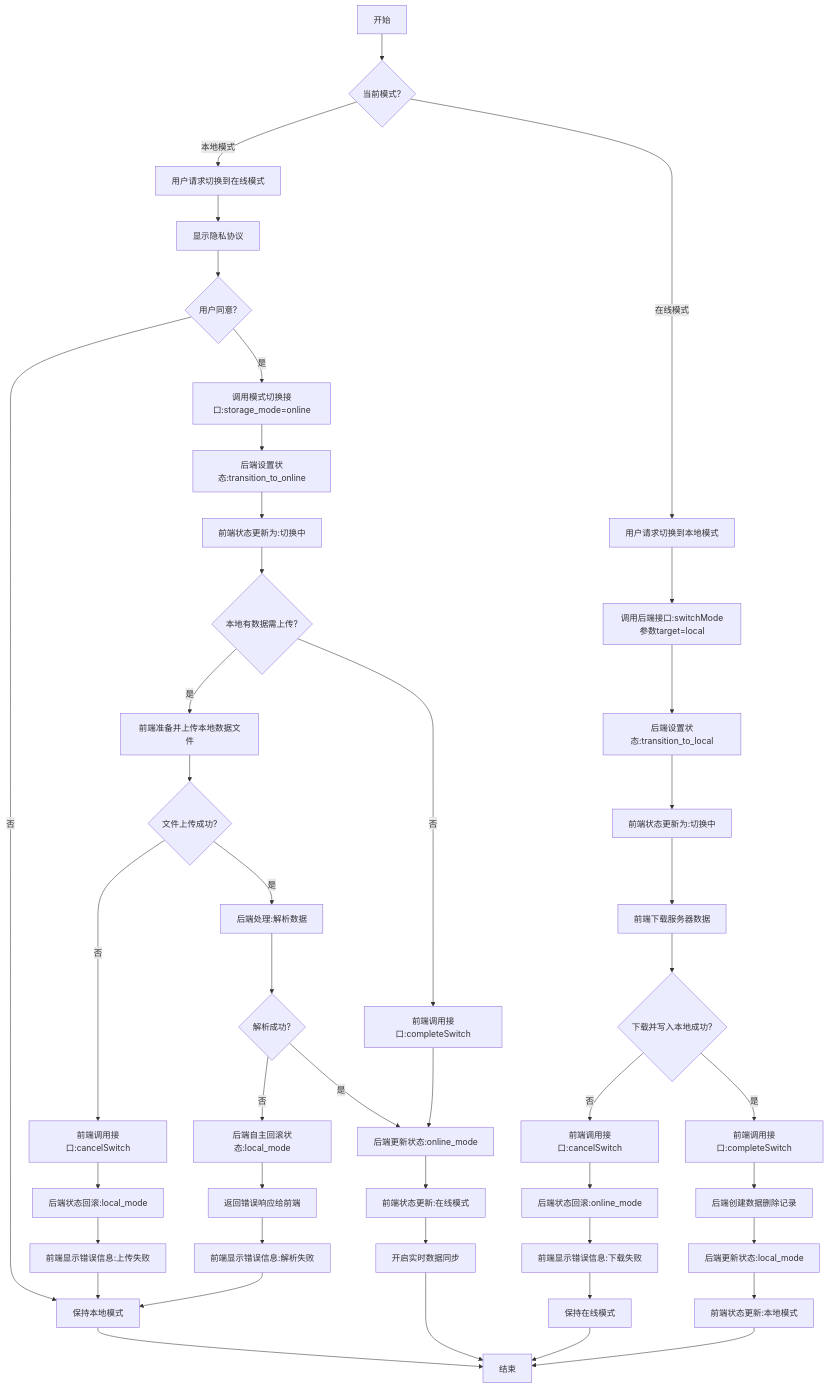
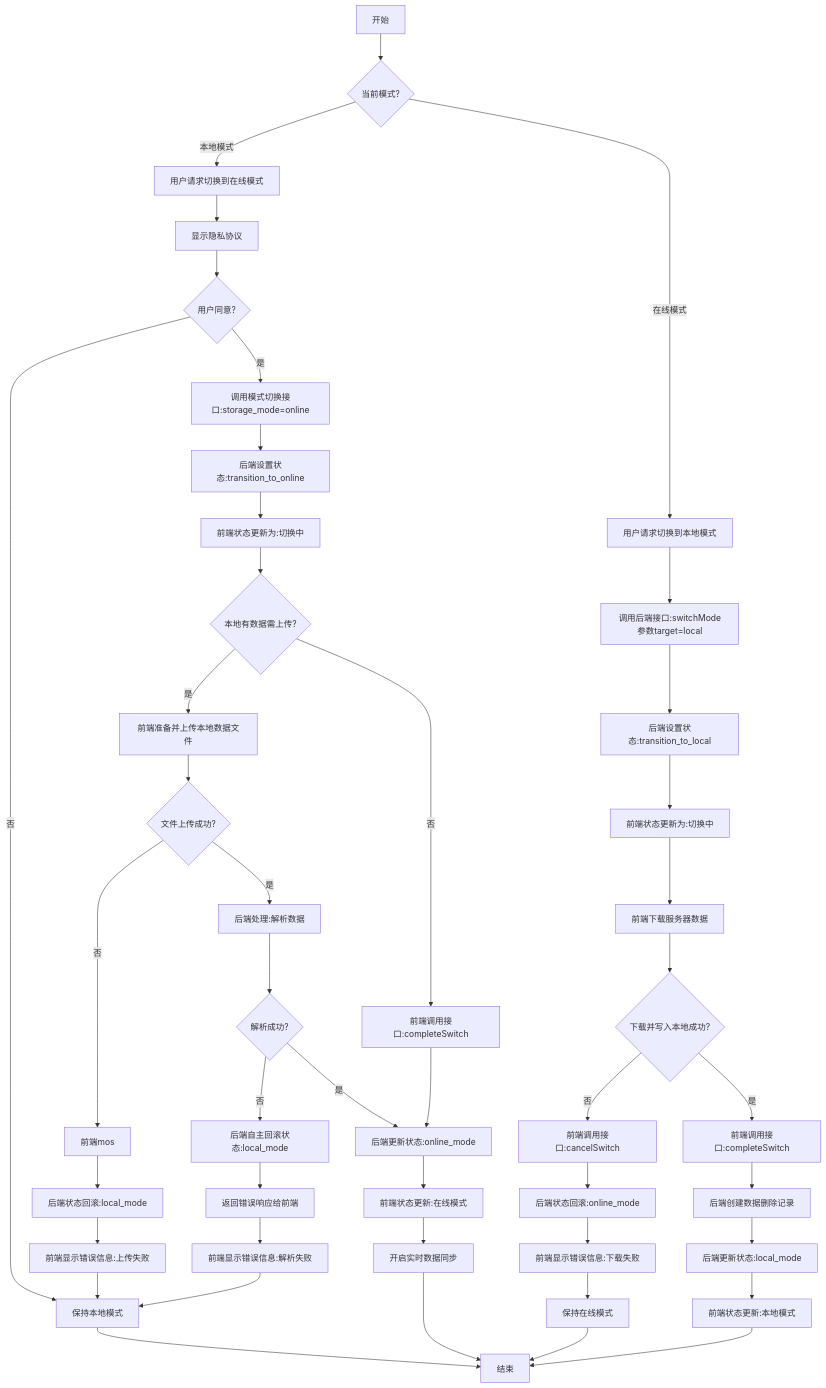
One commit to yingjianzh/iodraw-files changed the diagram in all/未命名-58.md. Above: the diagram before and after it, drawn with Mermaid.

Commit message:
2025-05-14 10:43:26 update

````diff
--- a/all/未命名-58.md
+++ b/all/未命名-58.md
@@ -1,68 +1,68 @@
 ```mermaid
 flowchart TD
     A[开始] --> B{当前模式?}
     
     %% 本地模式转在线模式
     B -->|本地模式| C[用户请求切换到在线模式]
     C --> D[显示隐私协议]
     D --> E{用户同意?}
 
     E -->|否| F[保持本地模式]
     F --> Z[结束]
     
     E -->|是| G[调用模式切换接口:storage_mode=online]
     G --> H[后端设置状态:transition_to_online]
     H --> I[前端状态更新为:切换中]
     
     I --> J{本地有数据需上传?}
     
     %% 有本地数据需上传的情况
     J -->|是| K[前端准备并上传本地数据文件]
     K --> L{文件上传成功?}
     
     %% 上传失败的情况
-    L -->|否| M[前端调用接口:cancelSwitch]
+    L -->|否| M[前端mos]
     M --> N[后端状态回滚:local_mode]
     N --> O[前端显示错误信息:上传失败]
     O --> F
     
     %% 上传成功但解析失败的情况
     L -->|是| P[后端处理:解析数据]
     P --> Q{解析成功?}
     Q -->|否| R[后端自主回滚状态:local_mode]
     R --> S[返回错误响应给前端]
     S --> T[前端显示错误信息:解析失败]
     T --> F
     
     %% 全部成功的情况
     Q -->|是| U[后端更新状态:online_mode]
     J -->|否| V[前端调用接口:completeSwitch]
     V --> U
     
     U --> W[前端状态更新:在线模式]
     W --> X[开启实时数据同步]
     X --> Z
     
     %% 在线模式转本地模式
     B -->|在线模式| AA[用户请求切换到本地模式]
     AA --> AB[调用后端接口:switchMode参数target=local]
     AB --> AC[后端设置状态:transition_to_local]
     AC --> AD[前端状态更新为:切换中]
     
     AD --> AE[前端下载服务器数据]
     AE --> AF{下载并写入本地成功?}
     
     %% 下载失败的情况
     AF -->|否| AG[前端调用接口:cancelSwitch]
     AG --> AH[后端状态回滚:online_mode]
     AH --> AI[前端显示错误信息:下载失败]
     AI --> AJ[保持在线模式]
     AJ --> Z
     
     %% 下载成功的情况
     AF -->|是| AK[前端调用接口:completeSwitch]
     AK --> AL[后端创建数据删除记录]
     AL --> AM[后端更新状态:local_mode]
     AM --> AN[前端状态更新:本地模式]
     AN --> Z
 ```
````
